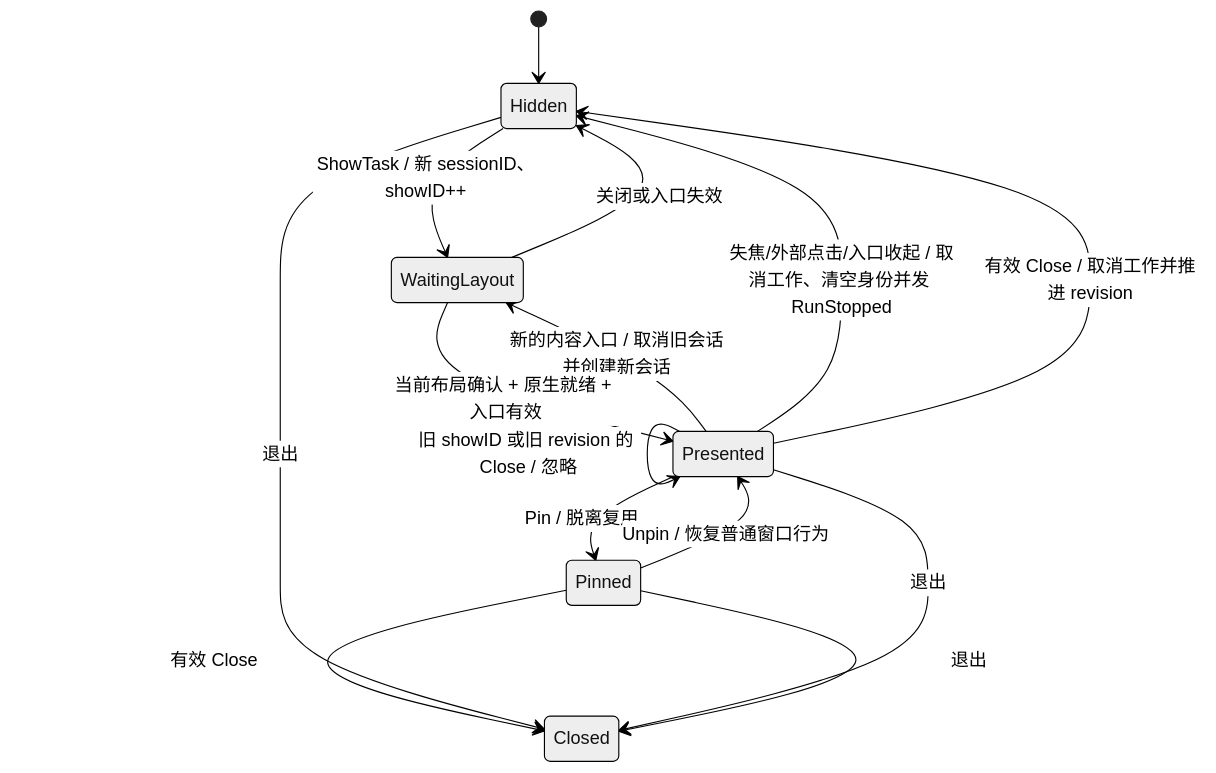
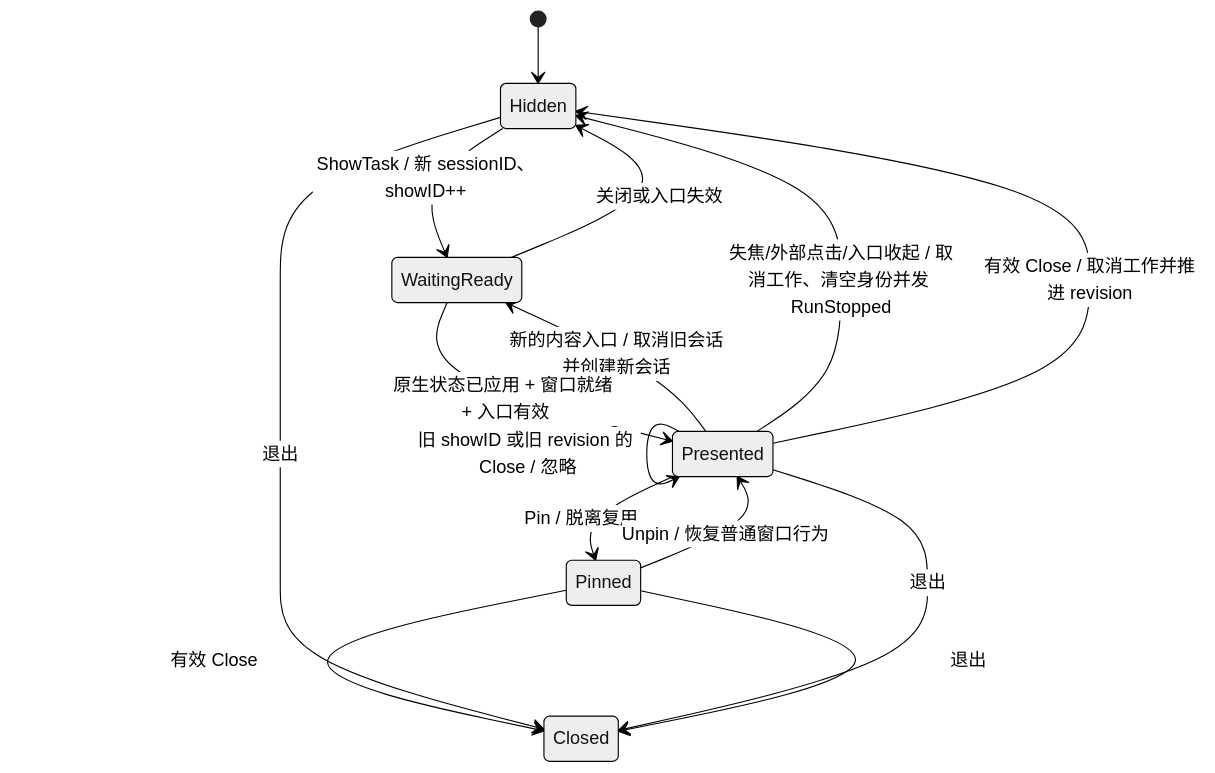
Before and after one commit to doyuli/sotto: the first of 2 diagrams in docs/translation-state.md, drawn with Mermaid (neutral theme). The commit also changed other lines of this file and 35 other files, not shown here.

````diff
--- a/docs/translation-state.md
+++ b/docs/translation-state.md
@@ -40,18 +40,18 @@
 ```mermaid
 stateDiagram-v2
     [*] --> Hidden
-    Hidden --> WaitingLayout: ShowTask / 新 sessionID、showID++
+    Hidden --> WaitingReady: ShowTask / 新 sessionID、showID++
     Presented --> Presented: 当前可见输入重复打开 / 保留现场并聚焦
-    Presented --> WaitingLayout: 新的内容入口 / 取消旧会话并创建新会话
-    WaitingLayout --> Presented: 当前布局确认 + 原生就绪 + 入口有效
-    WaitingLayout --> Hidden: 关闭或入口失效
+    Presented --> WaitingReady: 新的内容入口 / 取消旧会话并创建新会话
+    WaitingReady --> Presented: 原生状态已应用 + 窗口就绪 + 入口有效
+    WaitingReady --> Hidden: 关闭或入口失效
     Presented --> Hidden: 失焦/外部点击/入口收起 / 取消工作、清空身份并发 RunStopped
     Presented --> Hidden: 有效 Close / 取消工作并推进 revision
     Presented --> Presented: 旧 showID 或旧 revision 的 Close / 忽略
     Presented --> Pinned: Pin / 脱离复用
     Pinned --> Presented: Unpin / 恢复普通窗口行为
     Pinned --> Closed: 有效 Close
     Hidden --> Closed: 退出
     Presented --> Closed: 退出
     Pinned --> Closed: 退出
 ```
````
